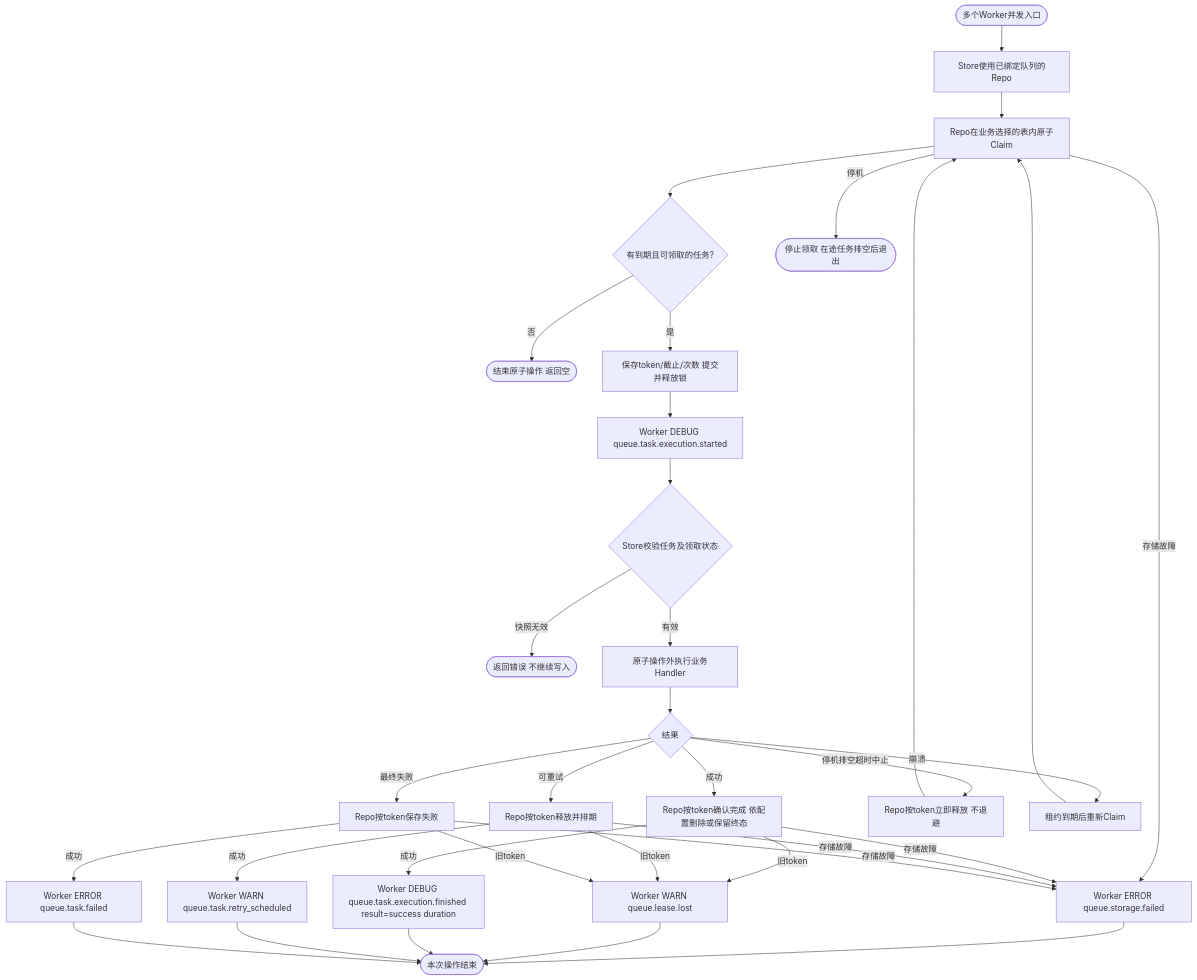
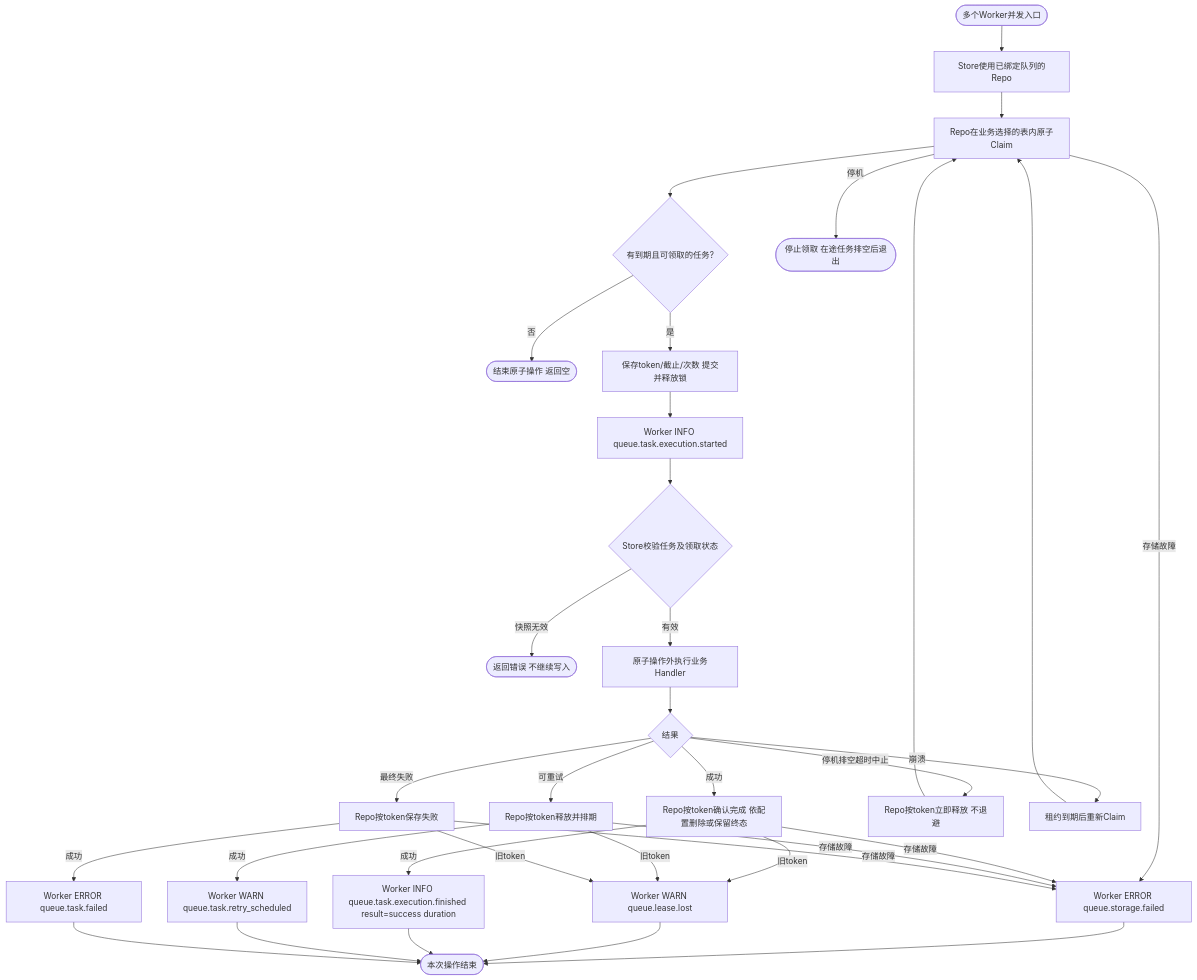
One commit to jaggerzhuang1994/kratos-foundation changed the second of 2 diagrams in contrib/queue/database/README.md. Above: the diagram before and after it, drawn with Mermaid. The commit also changed 24 other files, not shown here.

````diff
--- a/contrib/queue/database/README.md
+++ b/contrib/queue/database/README.md
@@ -141,27 +141,27 @@
 ```mermaid
 flowchart TD
     A([多个Worker并发入口]) --> B[Store使用已绑定队列的Repo]
     B --> C[Repo在业务选择的表内原子Claim]
     C --> D{有到期且可领取的任务?}
     D -- 否 --> E([结束原子操作 返回空])
     D -- 是 --> F[保存token/截止/次数 提交并释放锁]
-    F --> FS[Worker DEBUG queue.task.execution.started]
+    F --> FS[Worker INFO queue.task.execution.started]
     FS --> G{Store校验任务及领取状态}
     G -- 快照无效 --> H([返回错误 不继续写入])
     G -- 有效 --> J[原子操作外执行业务Handler]
     J --> K{结果}
     K -- 成功 --> L[Repo按token确认完成 依配置删除或保留终态]
     K -- 可重试 --> M[Repo按token释放并排期]
     K -- 最终失败 --> N[Repo按token保存失败]
     K -- 停机排空超时中止 --> V[Repo按token立即释放 不退避]
     V --> C
     K -- 崩溃 --> O[租约到期后重新Claim]
     O --> C
     C & L & M & N -- 存储故障 --> P[Worker ERROR queue.storage.failed]
     C -- 停机 --> U([停止领取 在途任务排空后退出])
     L & M & N -- 旧token --> Q[Worker WARN queue.lease.lost]
-    L -- 成功 --> R[Worker DEBUG queue.task.execution.finished result=success duration]
+    L -- 成功 --> R[Worker INFO queue.task.execution.finished result=success duration]
     M -- 成功 --> S[Worker WARN queue.task.retry_scheduled]
     N -- 成功 --> T[Worker ERROR queue.task.failed]
     P & Q & R & S & T --> Z([本次操作结束])
 ```
````
